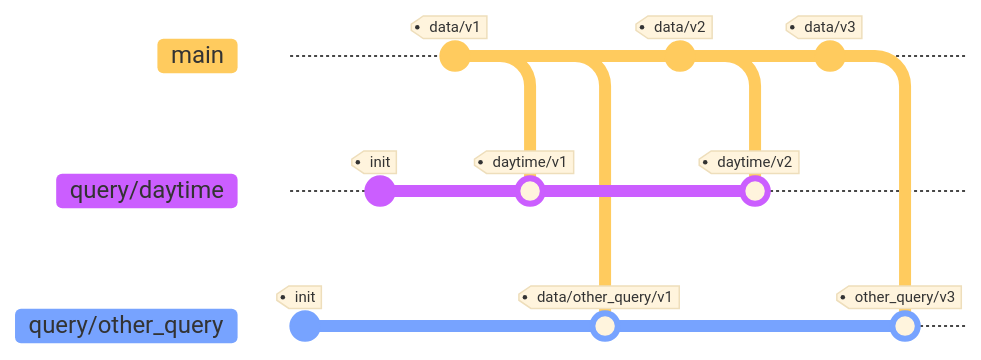
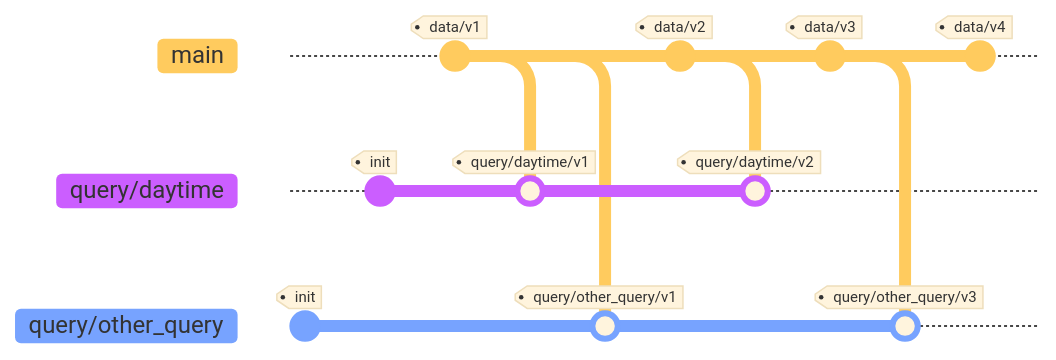
One commit to Besi-Switzerland-AG/qdvc changed the diagram in README.md. Above: the diagram before and after it, drawn with Mermaid. The commit also changed other lines of this file, not shown here. Commit ids are hidden.

````diff
--- a/README.md
+++ b/README.md
@@ -59,23 +58,26 @@
 ```mermaid
 %%{init: { 'logLevel': 'debug', 'theme': 'base', 'gitGraph': {'showCommitLabel': false}} }%%
     gitGraph
        branch query/daytime
        branch query/other_query
        commit tag: "init"
        checkout query/daytime
        commit tag: "init"
        checkout main
        commit tag: "data/v1"
        checkout query/daytime
-       merge main tag: "daytime/v1"
+       merge main tag: "query/daytime/v1"
        checkout query/other_query
-       merge main tag: "data/other_query/v1"
+       merge main tag: "query/other_query/v1"
        checkout main
        commit tag: "data/v2"
        checkout query/daytime
-       merge main tag: "daytime/v2"
+       merge main tag: "query/daytime/v2"
        checkout main
        commit tag: "data/v3"
        checkout query/other_query
-       merge main tag: "other_query/v3"
+       merge main tag: "query/other_query/v3"
+       checkout main
+       commit tag: "data/v4"
+       
 ```
````
